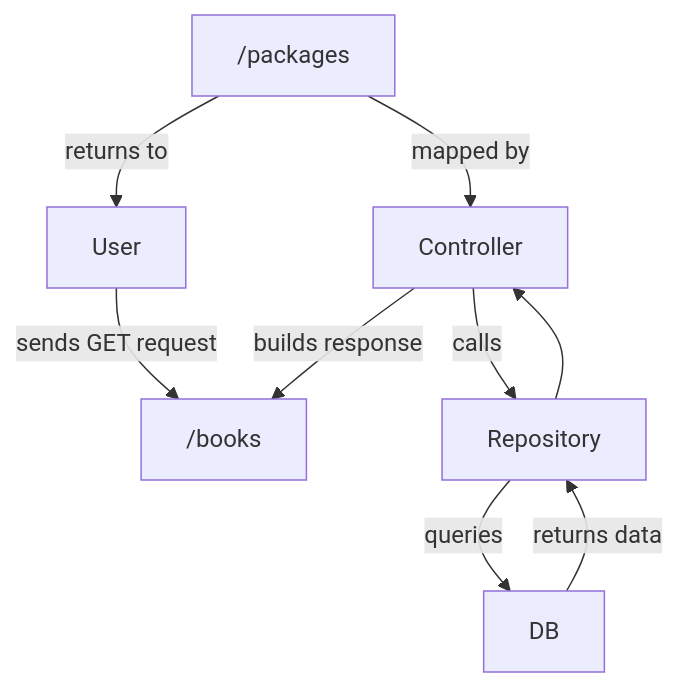
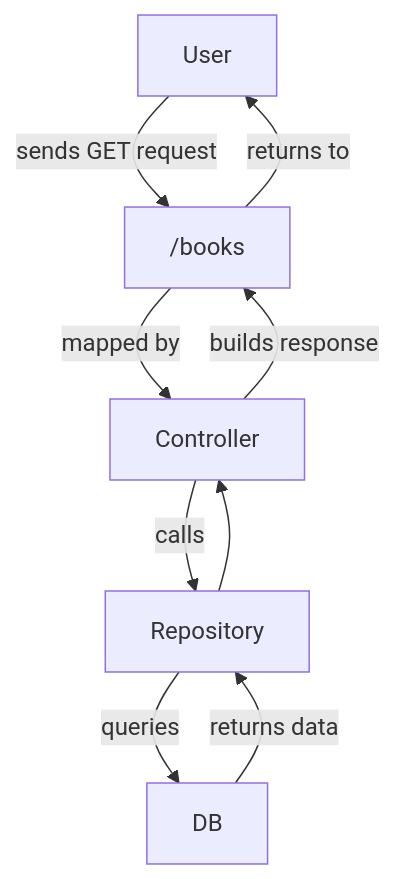
Before and after one commit to nade-t/cfg-java-masters-project: the diagram in README.md, drawn with Mermaid.

Commit message:
Changes to flowchart

````diff
--- a/README.md
+++ b/README.md
@@ -87,11 +87,11 @@
 ```mermaid
 flowchart TD
 User -->|sends GET request| /books
-/packages -->|mapped by| Controller
+/books -->|mapped by| Controller
 Controller -->|calls| Repository
 Repository -->|queries| DB
 DB -->|returns data| Repository
 Repository --> Controller
 Controller -->|builds response| /books
-/packages -->|returns to| User
+/books -->|returns to| User
 ```
````
